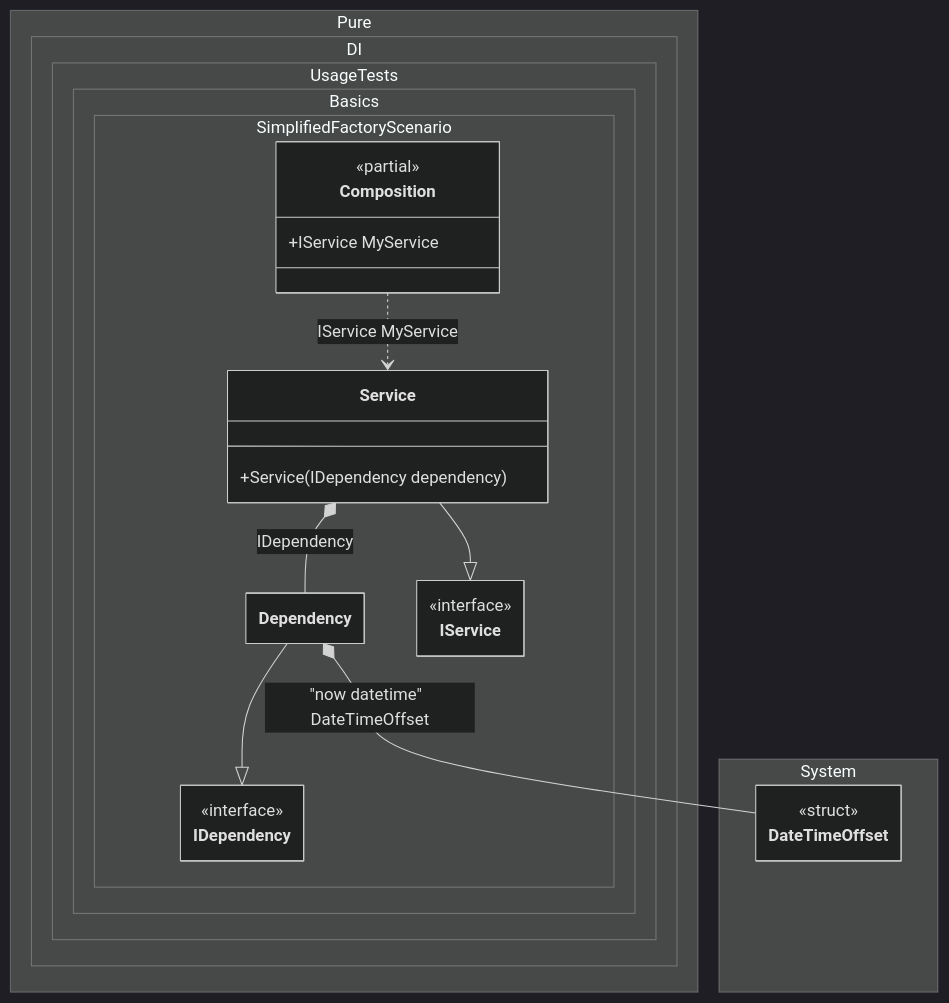
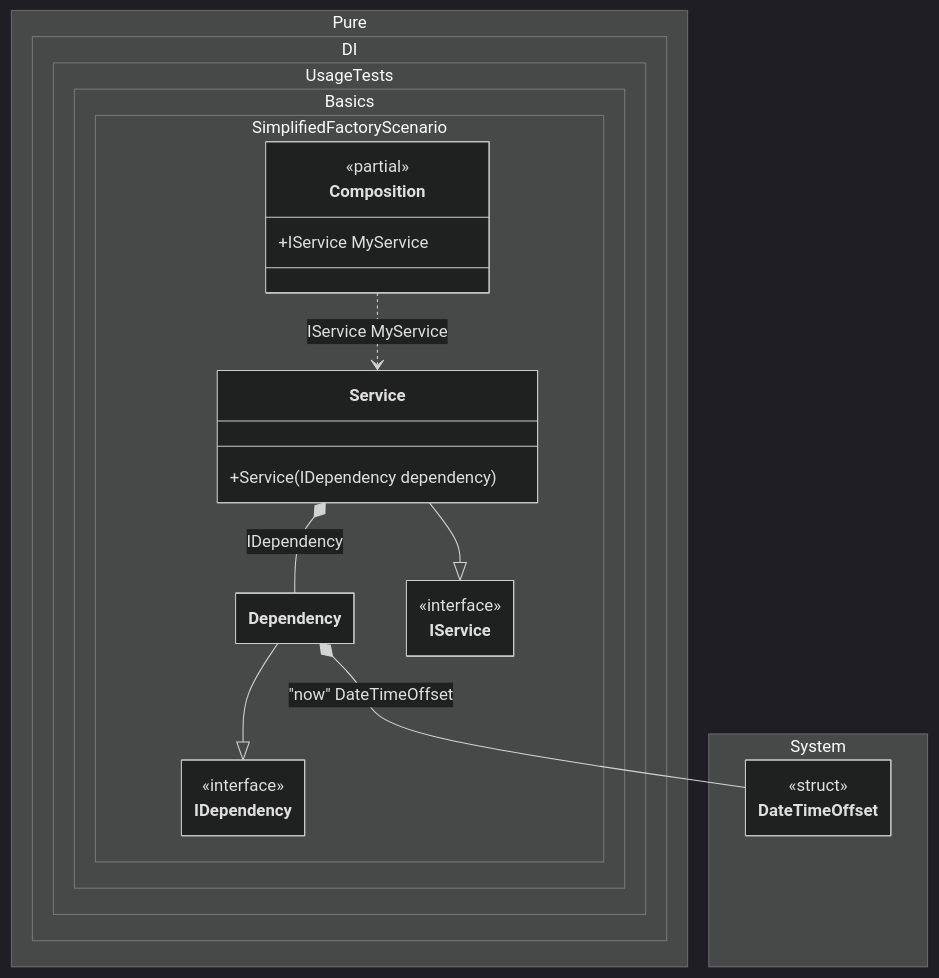
The diagram in readme/simplified-factory.md (DevTeam/Pure.DI), drawn with Mermaid (dark theme) before and after one commit. The commit also changed other lines of this file and 41 other files, not shown here.

````diff
--- a/readme/simplified-factory.md
+++ b/readme/simplified-factory.md
@@ -126,35 +128,35 @@
 ```mermaid
 ---
  config:
   class:
    hideEmptyMembersBox: true
 ---
 classDiagram
 	Dependency --|> IDependency
 	Service --|> IService
 	Composition ..> Service : IService MyService
-	Dependency *--  DateTimeOffset : "now datetime"  DateTimeOffset
+	Dependency *--  DateTimeOffset : "now"  DateTimeOffset
 	Service *--  Dependency : IDependency
 	namespace Pure.DI.UsageTests.Basics.SimplifiedFactoryScenario {
 		class Composition {
 		<<partial>>
 		+IService MyService
 		}
 		class Dependency {
 		}
 		class IDependency {
 			<<interface>>
 		}
 		class IService {
 			<<interface>>
 		}
 		class Service {
 			+Service(IDependency dependency)
 		}
 	}
 	namespace System {
 		class DateTimeOffset {
 				<<struct>>
 		}
 	}
 ```
````
